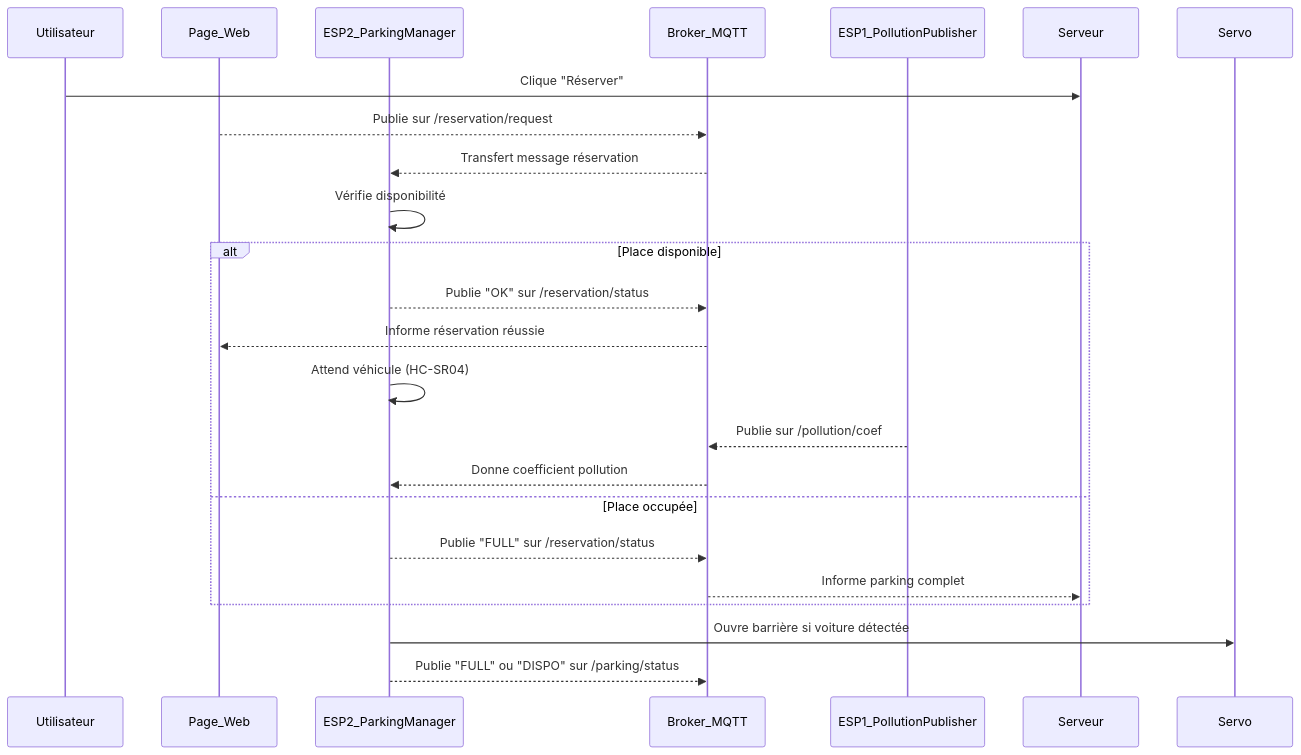
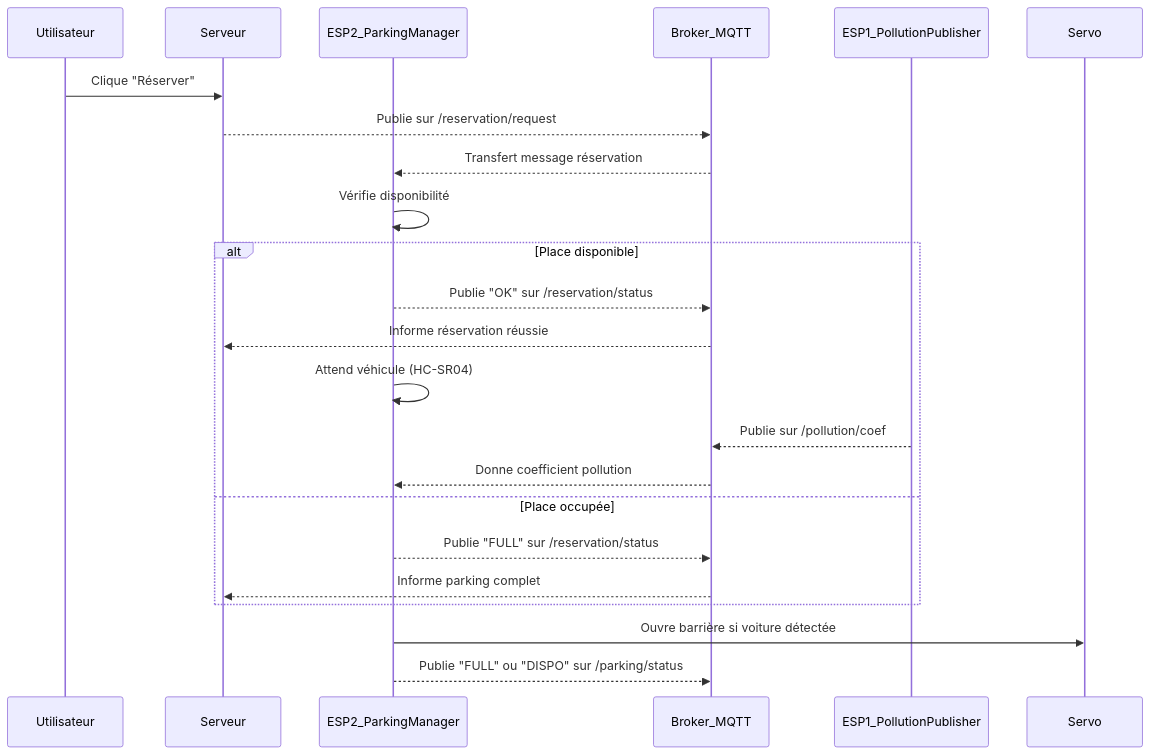
Before and after one commit to Esabrina77/iot_b2: the diagram in README.md, drawn with Mermaid.

````diff
--- a/README.md
+++ b/README.md
@@ -1,27 +1,27 @@
 ```mermaid
 sequenceDiagram
     participant Utilisateur
-    participant Page_Web
+    participant Serveur
     participant ESP2_ParkingManager
     participant Broker_MQTT
     participant ESP1_PollutionPublisher
 
     Utilisateur ->> Serveur: Clique "Réserver"
-    Page_Web -->> Broker_MQTT: Publie sur /reservation/request
+    Serveur -->> Broker_MQTT: Publie sur /reservation/request
     Broker_MQTT -->> ESP2_ParkingManager: Transfert message réservation
 
     ESP2_ParkingManager ->> ESP2_ParkingManager: Vérifie disponibilité
     alt Place disponible
         ESP2_ParkingManager -->> Broker_MQTT: Publie "OK" sur /reservation/status
-        Broker_MQTT -->> Page_Web: Informe réservation réussie
+        Broker_MQTT -->> Serveur: Informe réservation réussie
         ESP2_ParkingManager ->> ESP2_ParkingManager: Attend véhicule (HC-SR04)
         ESP1_PollutionPublisher -->> Broker_MQTT: Publie sur /pollution/coef
         Broker_MQTT -->> ESP2_ParkingManager: Donne coefficient pollution
     else Place occupée
         ESP2_ParkingManager -->> Broker_MQTT: Publie "FULL" sur /reservation/status
         Broker_MQTT -->> Serveur: Informe parking complet
     end
 
     ESP2_ParkingManager ->> Servo: Ouvre barrière si voiture détectée
     ESP2_ParkingManager -->> Broker_MQTT: Publie "FULL" ou "DISPO" sur /parking/status
 ```
````
